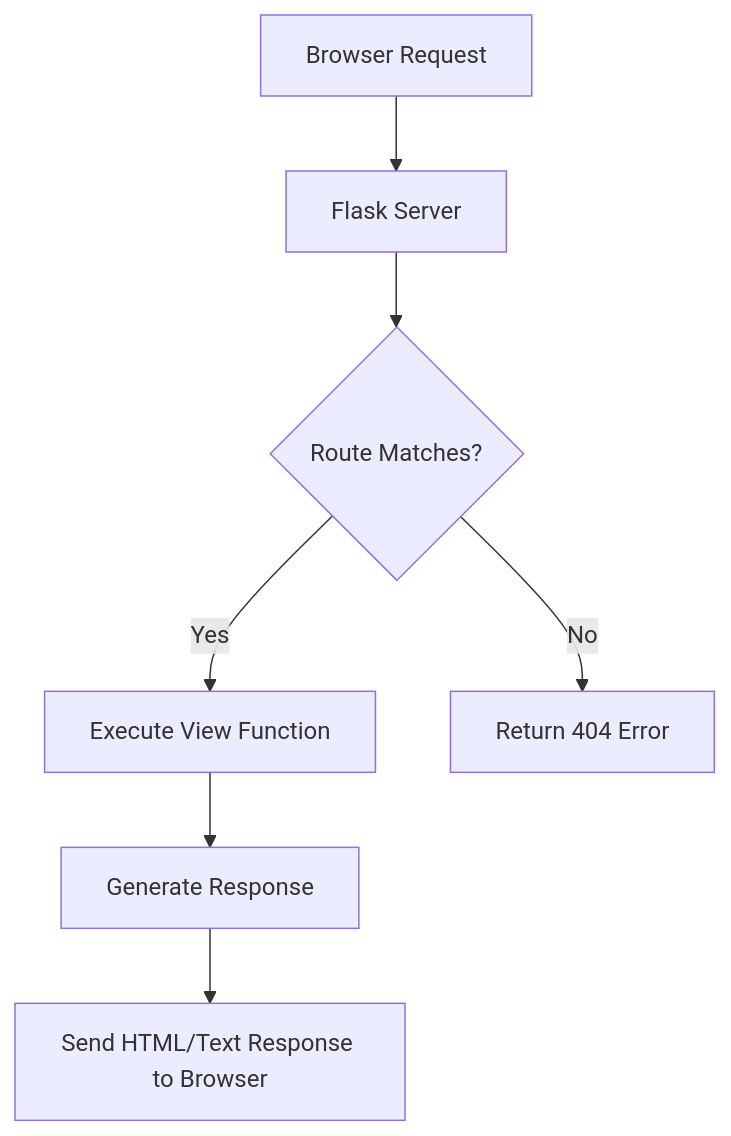
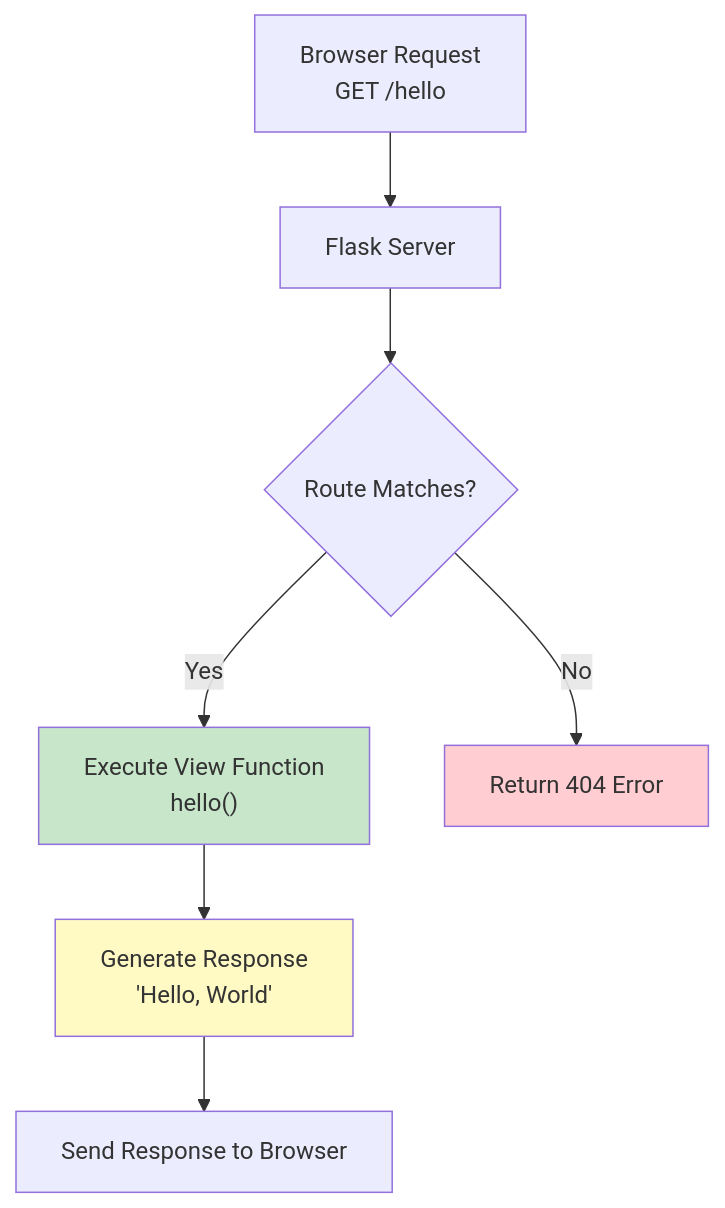
The diagram in Modern App Dev I & II/Project/Backend/Flask/Flask App Routing.md (24f1002114/Data-Science-Notes), drawn with Mermaid before and after one commit. The commit also changed other lines of this file and 12 other files, not shown here.

````diff
--- a/Modern App Dev I & II/Project/Backend/Flask/Flask App Routing.md
+++ b/Modern App Dev I & II/Project/Backend/Flask/Flask App Routing.md
@@ -21,13 +33,13 @@
 ```mermaid
 flowchart TD
-    A[Browser Request] --> B[Flask Server]
+    A["Browser Request<br/>GET /hello"] --> B[Flask Server]
     B --> C{Route Matches?}
-    C -->|Yes| D[Execute View Function]
+    C -->|Yes| D["Execute View Function<br/>hello()"]
     C -->|No| E[Return 404 Error]
-
-    D --> F[Generate Response]
-    F --> G[Send HTML/Text Response to Browser]
-    classDef route fill:#e0f7fa,stroke:#0097a7,stroke-width:1px;
-
-
+    D --> F["Generate Response<br/>'Hello, World'"]
+    F --> G[Send Response to Browser]
+    
+    style D fill:#c8e6c9
+    style E fill:#ffcdd2
+    style F fill:#fff9c4
 ```
````
